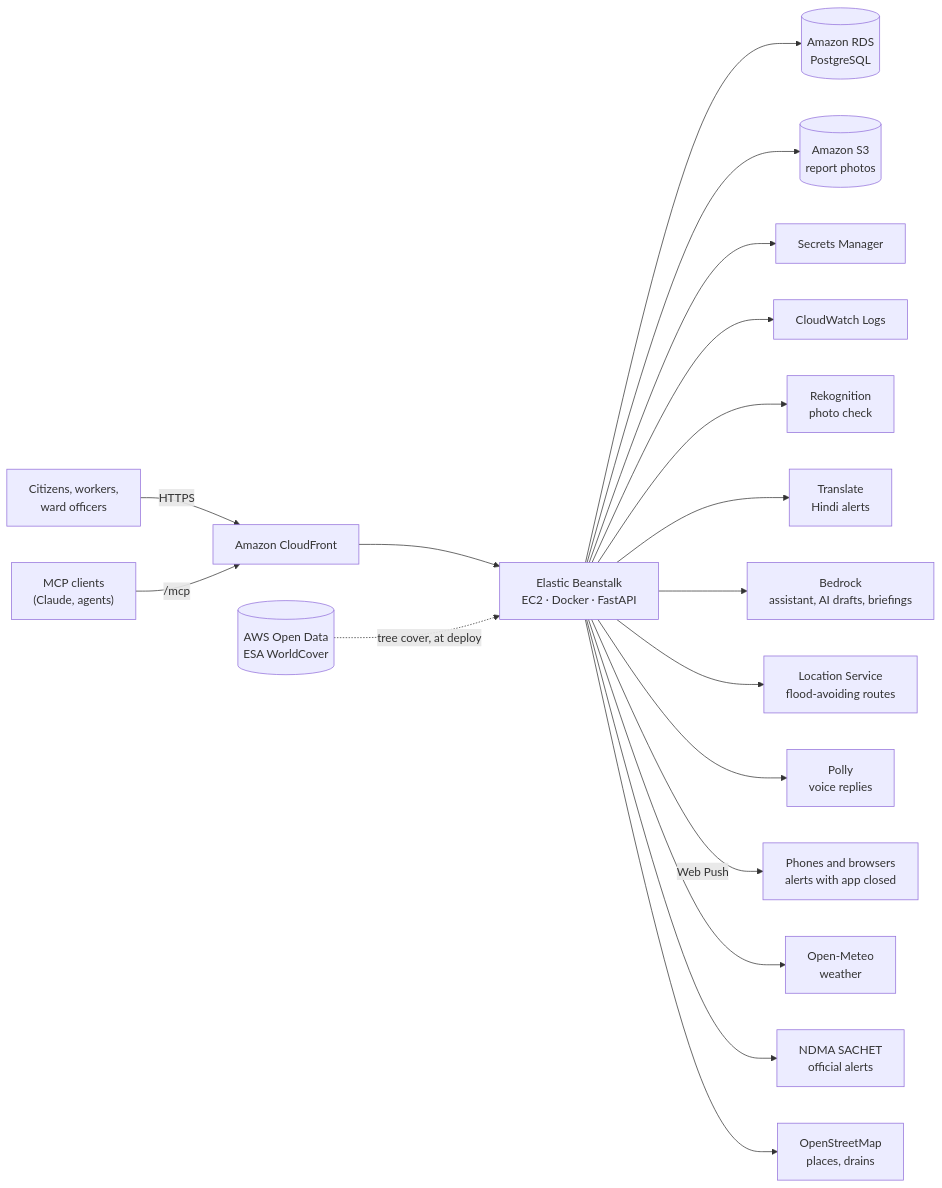
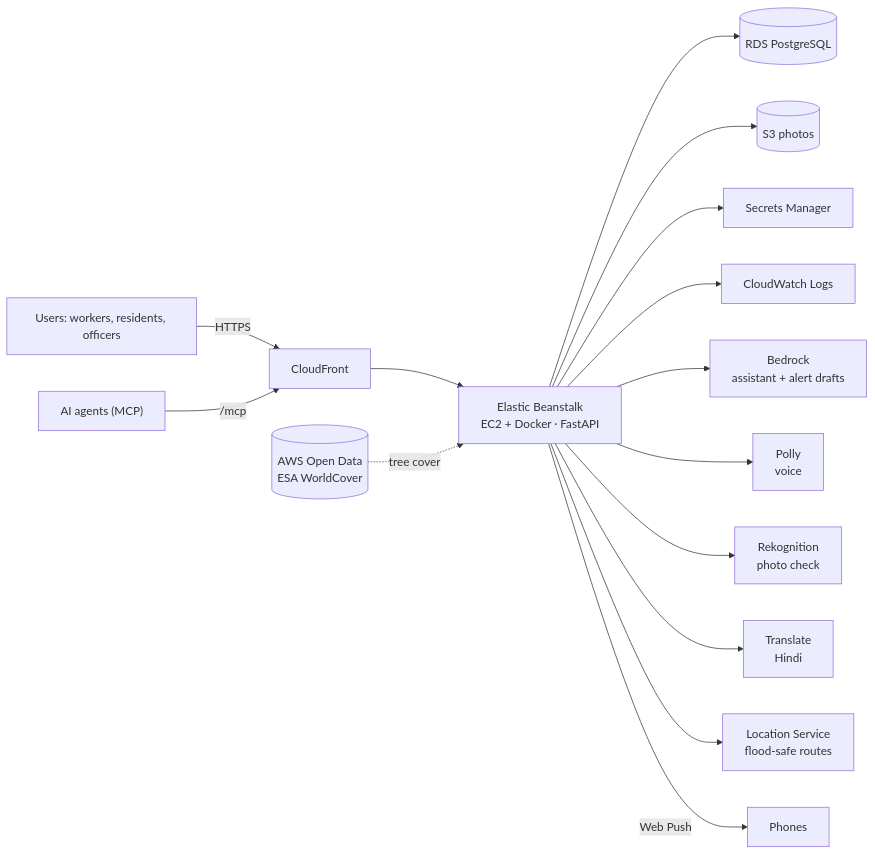
One commit to uzaircpp/heat-wave-aws changed the diagram in README.md. Above: the diagram before and after it, drawn with Mermaid.

Commit message:
README: shorter AWS architecture diagram
Claude-Session: https://claude.ai/code/session_01GhARfi4fCGNTkKtwMaGyd8

````diff
--- a/README.md
+++ b/README.md
@@ -18,20 +18,17 @@
 ```mermaid
 flowchart LR
-  U["Citizens, workers,\nward officers"] -->|HTTPS| CF["Amazon CloudFront"]
-  CF --> EB["Elastic Beanstalk\nEC2 · Docker · FastAPI"]
-  EB --> RDS[("Amazon RDS\nPostgreSQL")]
-  EB --> S3[("Amazon S3\nreport photos")]
+  U["Users: workers, residents, officers"] -->|HTTPS| CF["CloudFront"]
+  A["AI agents (MCP)"] -->|/mcp| CF
+  CF --> EB["Elastic Beanstalk<br/>EC2 + Docker · FastAPI"]
+  EB --> RDS[("RDS PostgreSQL")]
+  EB --> S3[("S3 photos")]
   EB --> SM["Secrets Manager"]
   EB --> CW["CloudWatch Logs"]
-  EB --> RK["Rekognition\nphoto check"]
-  EB --> TR["Translate\nHindi alerts"]
-  EB --> BR["Bedrock\nassistant, AI drafts, briefings"]
-  EB --> LOC["Location Service\nflood-avoiding routes"]
-  EB --> PO["Polly\nvoice replies"]
-  EB -->|Web Push| PH["Phones and browsers\nalerts with app closed"]
-  AI["MCP clients\n(Claude, agents)"] -->|/mcp| CF
-  WC[("AWS Open Data\nESA WorldCover")] -.->|tree cover, at deploy| EB
-  EB --> OM["Open-Meteo\nweather"]
-  EB --> SA["NDMA SACHET\nofficial alerts"]
-  EB --> OSM["OpenStreetMap\nplaces, drains"]
+  EB --> BR["Bedrock<br/>assistant + alert drafts"]
+  EB --> PO["Polly<br/>voice"]
+  EB --> RK["Rekognition<br/>photo check"]
+  EB --> TR["Translate<br/>Hindi"]
+  EB --> LOC["Location Service<br/>flood-safe routes"]
+  OD[("AWS Open Data<br/>ESA WorldCover")] -.->|tree cover| EB
+  EB -->|Web Push| P["Phones"]
 ```
````
